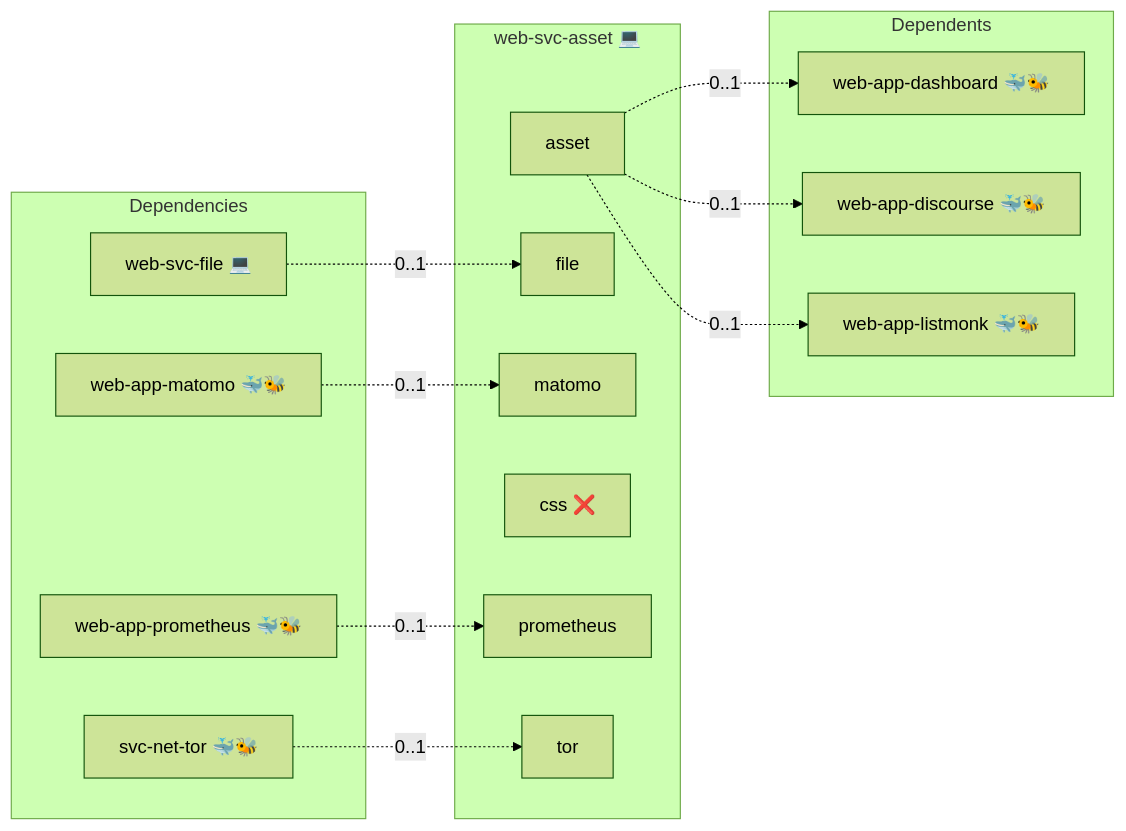
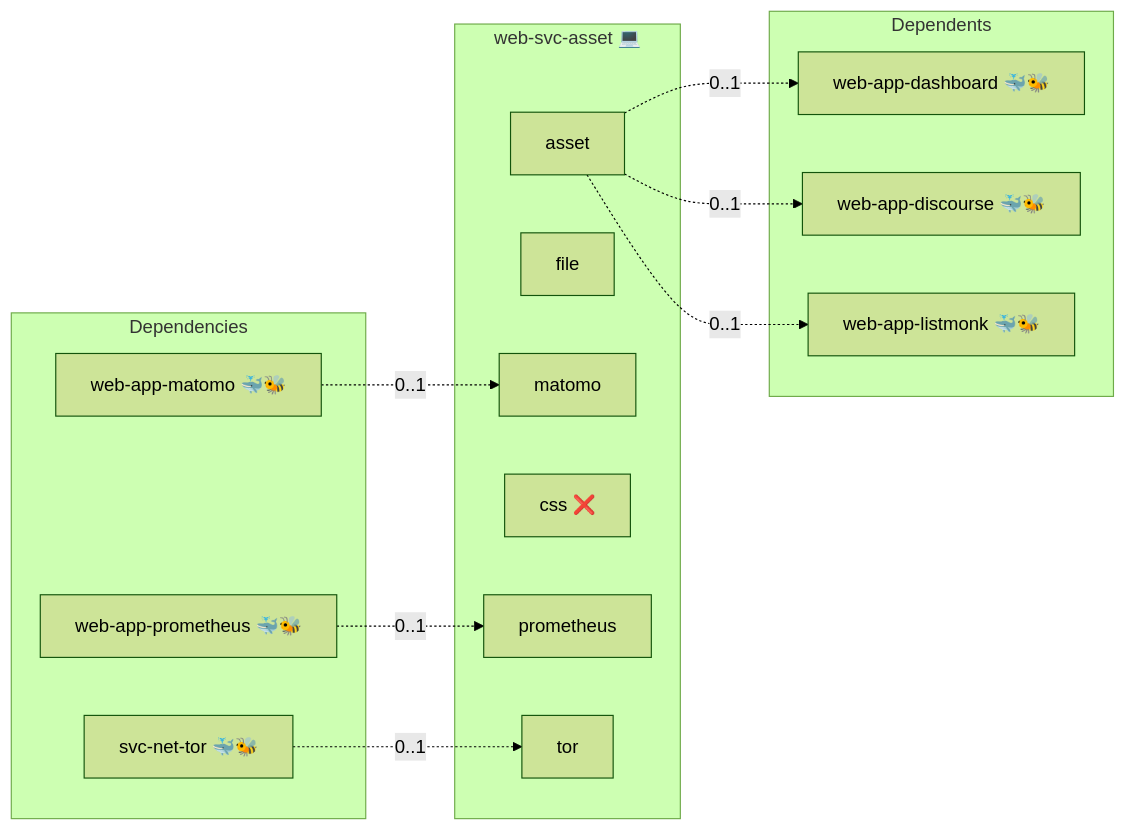
One commit to AlejandroRomanIbanez/infinito-nexus changed the diagram in roles/web-svc-asset/README.md. Above: the diagram before and after it, drawn with Mermaid (forest theme). The commit also changed 3 other files, not shown here.

First line of the commit message:
fix(web-svc-asset): bind web-svc-file as a hard dependency

````diff
--- a/roles/web-svc-asset/README.md
+++ b/roles/web-svc-asset/README.md
@@ -15,29 +15,27 @@
 ```mermaid
 flowchart LR
     subgraph deps [Dependencies]
         dep_svc_net_tor["svc-net-tor 🐳🐝"]
         dep_web_app_matomo["web-app-matomo 🐳🐝"]
         dep_web_app_prometheus["web-app-prometheus 🐳🐝"]
-        dep_web_svc_file["web-svc-file 💻"]
     end
     subgraph role [web-svc-asset 💻]
         svc_asset["asset"]
         svc_file["file"]
         svc_matomo["matomo"]
         svc_css["css ❌"]
         svc_prometheus["prometheus"]
         svc_tor["tor"]
     end
     subgraph dependents [Dependents]
         dpt_web_app_dashboard["web-app-dashboard 🐳🐝"]
         dpt_web_app_discourse["web-app-discourse 🐳🐝"]
         dpt_web_app_listmonk["web-app-listmonk 🐳🐝"]
     end
     dep_svc_net_tor -. "0..1" .-> svc_tor
     dep_web_app_matomo -. "0..1" .-> svc_matomo
     dep_web_app_prometheus -. "0..1" .-> svc_prometheus
-    dep_web_svc_file -. "0..1" .-> svc_file
     svc_asset -. "0..1" .-> dpt_web_app_dashboard
     svc_asset -. "0..1" .-> dpt_web_app_discourse
     svc_asset -. "0..1" .-> dpt_web_app_listmonk
 ```
````
